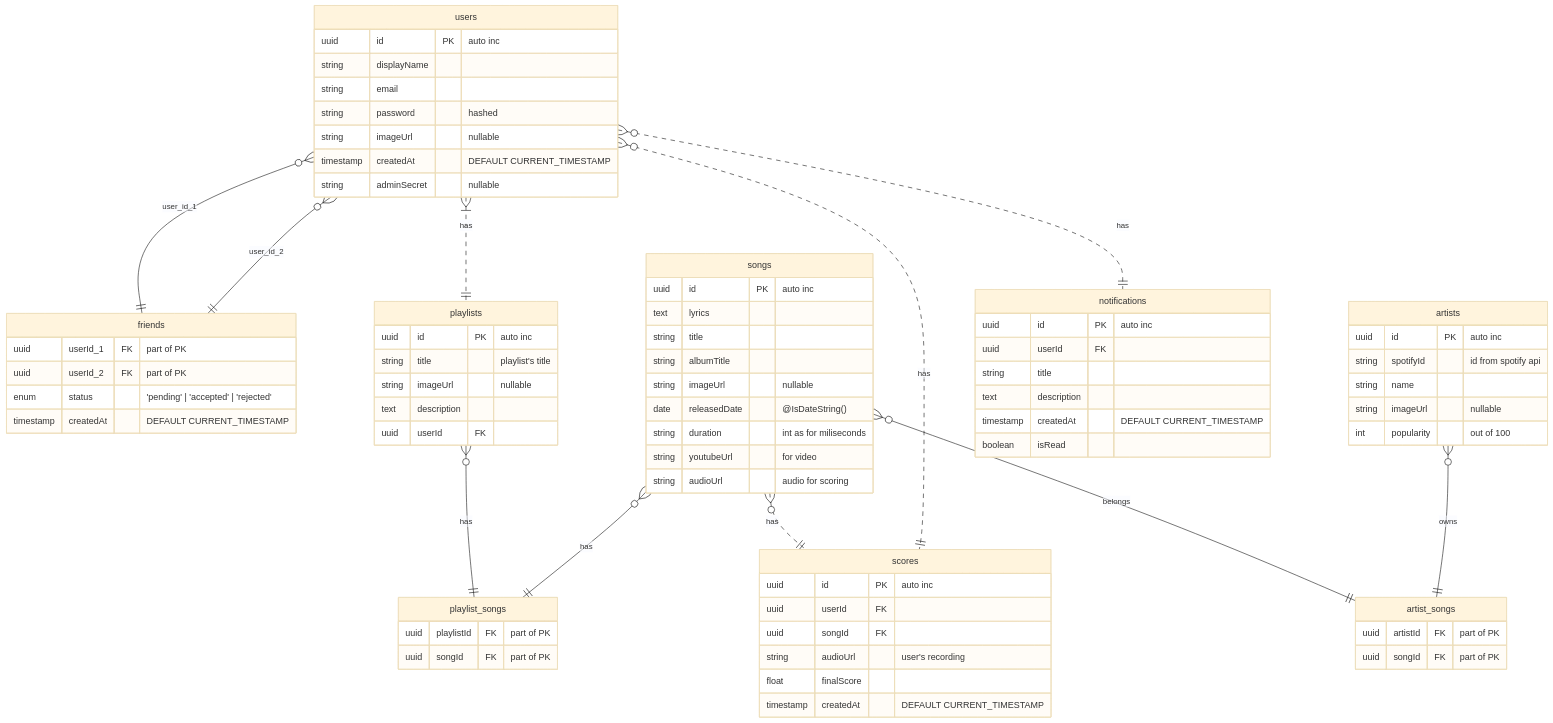
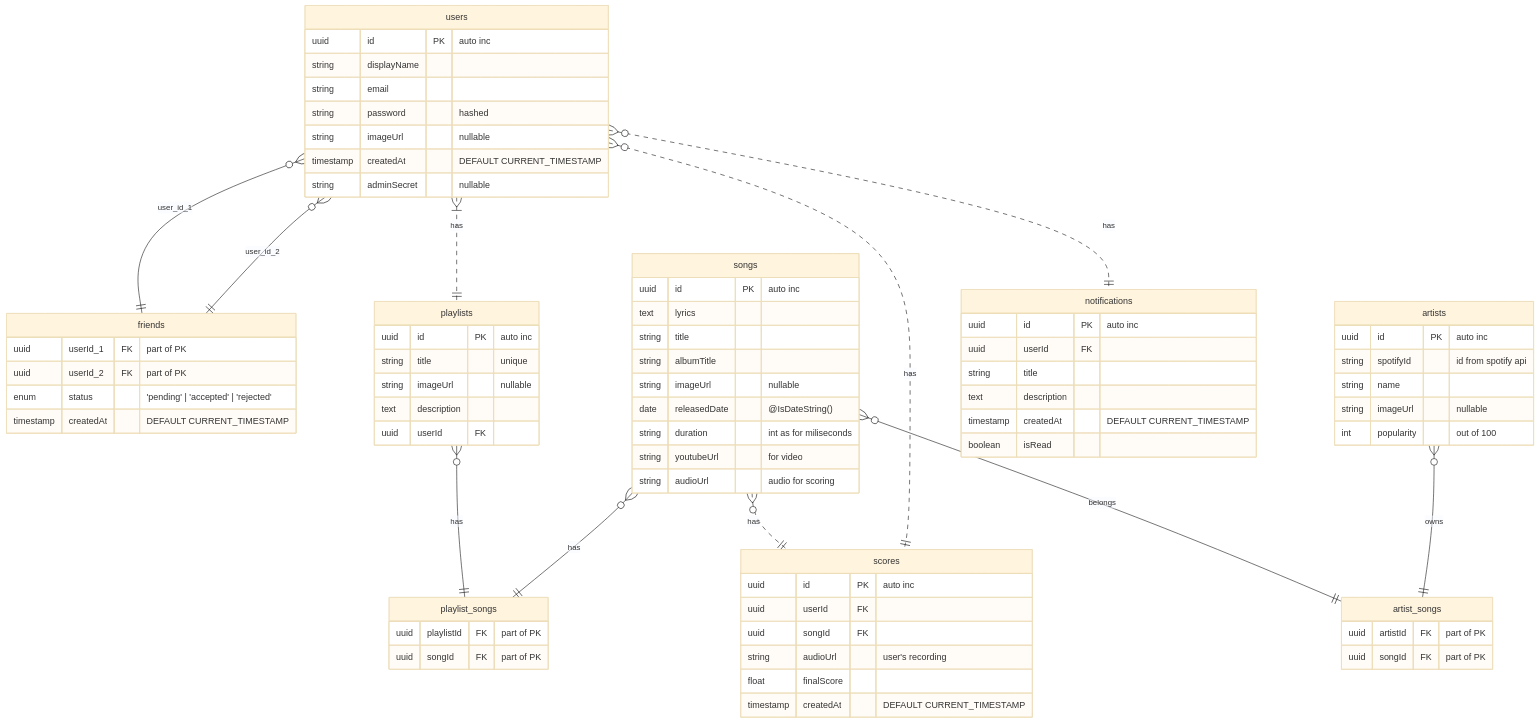
The first of 2 diagrams in README.md (manoke-uit/.github), drawn with Mermaid (base theme) before and after one commit.

Commit message:
docs: modify playlists table

````diff
--- a/README.md
+++ b/README.md
@@ -2,79 +2,79 @@
 ``` mermaid
 erDiagram
     users {
         uuid id PK "auto inc"
         string displayName
         string email
         string password "hashed"
         string imageUrl "nullable"
         timestamp createdAt "DEFAULT CURRENT_TIMESTAMP"
         string adminSecret "nullable"
     }
     friends {
         uuid userId_1 FK "part of PK"
         uuid userId_2 FK "part of PK"
         enum status "'pending' | 'accepted' | 'rejected'"
         timestamp createdAt "DEFAULT CURRENT_TIMESTAMP"
     }
     songs {
         uuid id PK "auto inc"
         text lyrics
         string title
         string albumTitle
         string imageUrl "nullable"
         date releasedDate "@IsDateString()"
         string duration "int as for miliseconds" 
         string youtubeUrl "for video"
         string audioUrl "audio for scoring"
     }
     playlists {
         uuid id PK "auto inc"
-        string title "playlist's title"
+        string title "unique"
         string imageUrl "nullable"
         text description
         uuid userId FK
     }
     playlist_songs {
         uuid playlistId FK "part of PK"
         uuid songId FK "part of PK"
     }
     artists {
         uuid id PK "auto inc"
         string spotifyId "id from spotify api"
         string name
         string imageUrl "nullable"
         int popularity "out of 100"
     }
     artist_songs {
         uuid artistId FK "part of PK"
         uuid songId FK "part of PK"
     }
     scores {
         uuid id PK "auto inc"
         uuid userId FK
         uuid songId FK
         string audioUrl "user's recording"
         float finalScore
         timestamp createdAt "DEFAULT CURRENT_TIMESTAMP"
     }
     notifications {
         uuid id PK "auto inc"
         uuid userId FK
         string title
         text description
         timestamp createdAt "DEFAULT CURRENT_TIMESTAMP"
         boolean isRead
     }
     
     songs }o--|| artist_songs: belongs
     users }o..|| notifications: has
     users }o--|| friends: user_id_1
     users }o--|| friends: user_id_2
     users }|..|| playlists: has
     songs }o..|| scores: has
     users }o..|| scores: has
     playlists }o--|| playlist_songs: has
     songs }o--|| playlist_songs: has
     artists }o--|| artist_songs: owns
     
 ```
````
